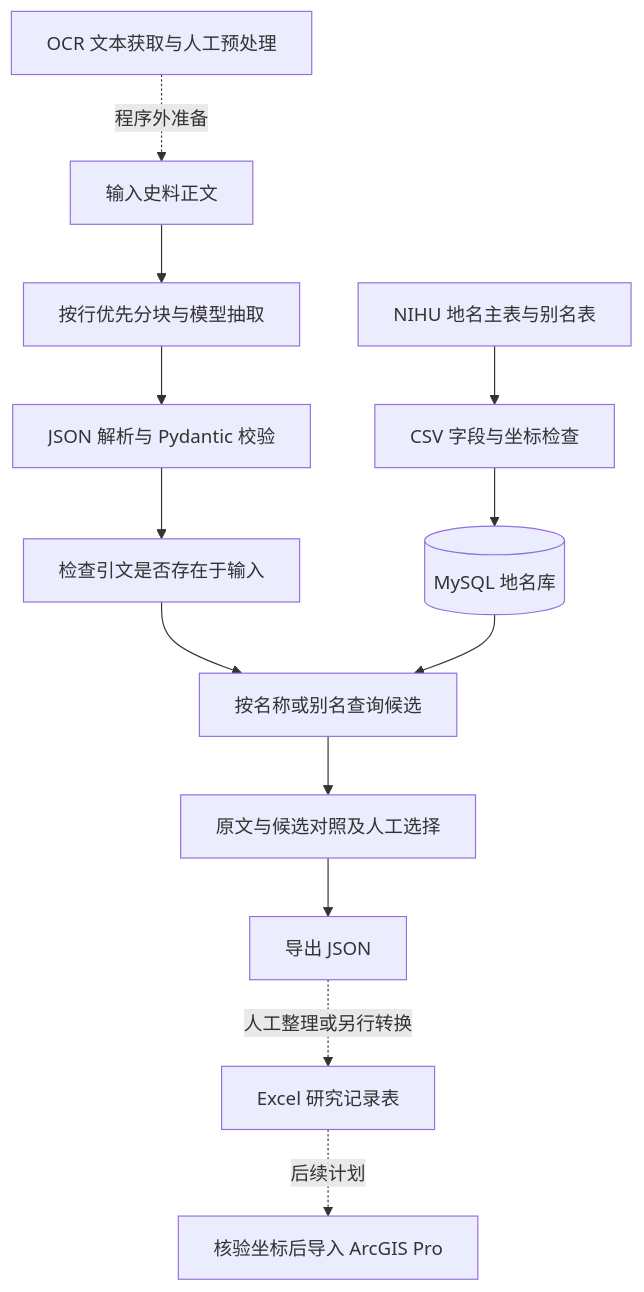
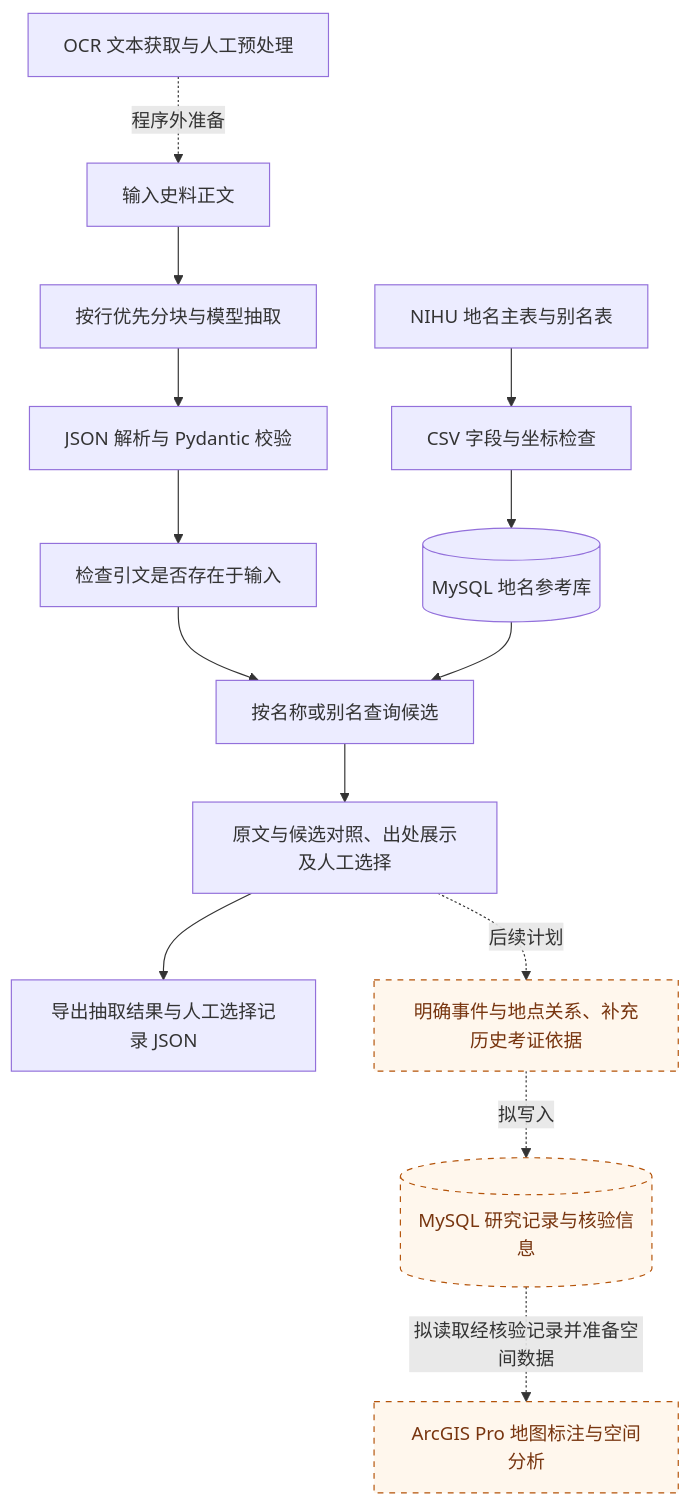
The diagram in docs/technical.md (Fuyusaka-Johnny/historical-source-geocoding), drawn with Mermaid before and after one commit. The commit also changed other lines of this file, not shown here.

Commit message:
Clarify MySQL research-record plan and update workflow diagram [skip ci]

````diff
--- a/docs/technical.md
+++ b/docs/technical.md
@@ -7,15 +14,19 @@
 ```mermaid
 flowchart TD
-    A[NIHU 地名主表与别名表] --> B[CSV 字段与坐标检查]
-    B --> C[(MySQL 地名库)]
-    D[OCR 文本获取与人工预处理] -.程序外准备.-> E[输入史料正文]
-    E --> F[按行优先分块与模型抽取]
-    F --> G[JSON 解析与 Pydantic 校验]
-    G --> H[检查引文是否存在于输入]
-    H --> I[按名称或别名查询候选]
+    A["NIHU 地名主表与别名表"] --> B["CSV 字段与坐标检查"]
+    B --> C[("MySQL 地名参考库")]
+    D["OCR 文本获取与人工预处理"] -.程序外准备.-> E["输入史料正文"]
+    E --> F["按行优先分块与模型抽取"]
+    F --> G["JSON 解析与 Pydantic 校验"]
+    G --> H["检查引文是否存在于输入"]
+    H --> I["按名称或别名查询候选"]
     C --> I
-    I --> J[原文与候选对照及人工选择]
-    J --> K[导出 JSON]
-    K -.人工整理或另行转换.-> L[Excel 研究记录表]
-    L -.后续计划.-> M[核验坐标后导入 ArcGIS Pro]
+    I --> J["原文与候选对照、出处展示及人工选择"]
+    J --> K["导出抽取结果与人工选择记录 JSON"]
+    J -.后续计划.-> L["明确事件与地点关系、补充历史考证依据"]
+    L -.拟写入.-> M[("MySQL 研究记录与核验信息")]
+    M -.拟读取经核验记录并准备空间数据.-> N["ArcGIS Pro 地图标注与空间分析"]
+
+    classDef planned fill:#fff7ed,stroke:#b45309,stroke-dasharray:5 5,color:#78350f
+    class L,M,N planned
 ```
````
